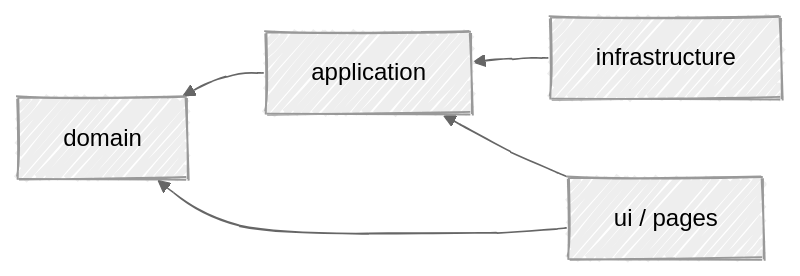
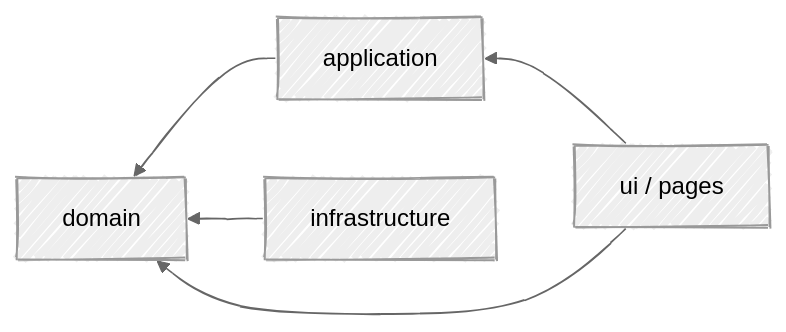
Before and after one commit to fbuireu/contribKit: the diagram in docs/wiki/Architecture.md, drawn with Mermaid. The commit also changed other lines of this file and 41 other files, not shown here.

````diff
--- a/docs/wiki/Architecture.md
+++ b/docs/wiki/Architecture.md
@@ -5,12 +5,12 @@
 ```mermaid
 ---
 config:
   look: handDrawn
   theme: neutral
 ---
 flowchart RL
     application --> domain
-    infrastructure --> application
+    infrastructure --> domain
     ui["ui / pages"] --> application
     ui --> domain
 ```
````
